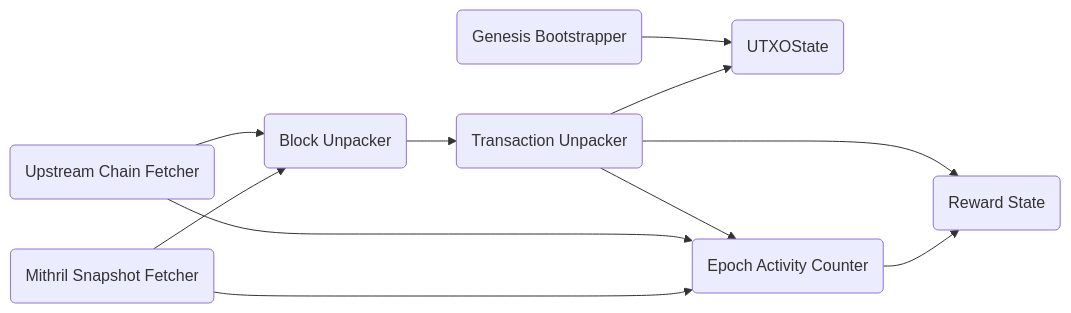
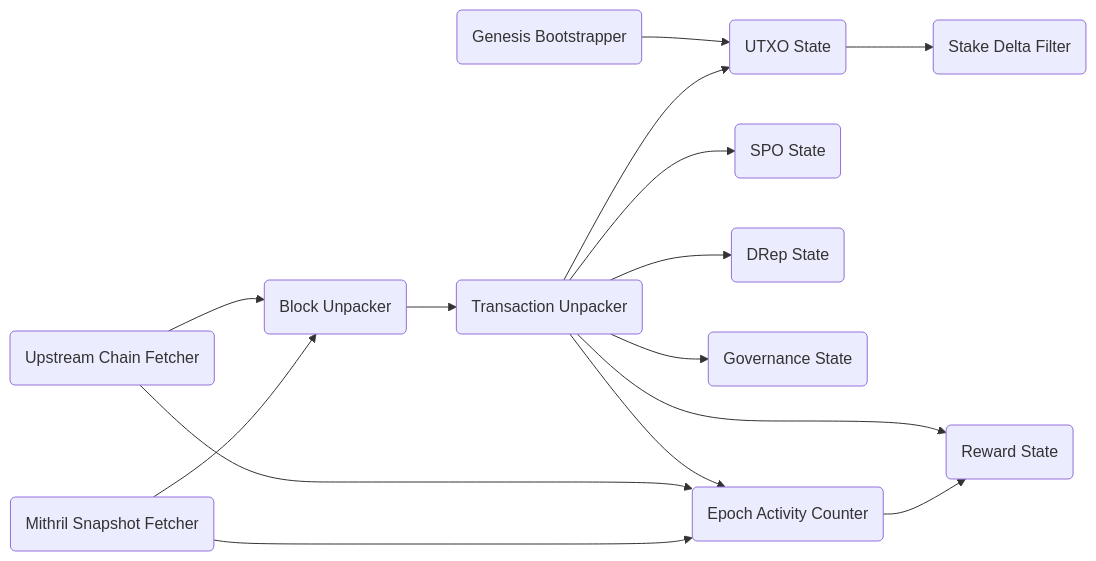
The second of 2 diagrams in README.md (input-output-hk/acropolis), drawn with Mermaid before and after one commit. The commit also changed other lines of this file and 1 other file, not shown here.

Commit message:
Add missing modules to READMEs, Mermaid diagram

````diff
--- a/README.md
+++ b/README.md
@@ -61,23 +64,31 @@
 ```mermaid
 graph LR
 
    UpstreamChainFetcher(Upstream Chain Fetcher)
    GenesisBootstrapper(Genesis Bootstrapper)
    MithrilSnapshotFetcher(Mithril Snapshot Fetcher)
    BlockUnpacker(Block Unpacker)
    TxUnpacker(Transaction Unpacker)
-   UTXOState(UTXOState)
+   UTXOState(UTXO State)
+   SPOState(SPO State)
+   DRepState(DRep State)
+   GovernanceState(Governance State)
+   StakeDeltaFilter(Stake Delta Filter)
    EpochActivityCounter(Epoch Activity Counter)
    RewardState(Reward State)
 
    UpstreamChainFetcher --> BlockUnpacker
    MithrilSnapshotFetcher --> BlockUnpacker
    BlockUnpacker --> TxUnpacker
    GenesisBootstrapper --> UTXOState
    TxUnpacker --> UTXOState
    TxUnpacker --> EpochActivityCounter
    TxUnpacker --> RewardState
+   TxUnpacker --> SPOState
+   TxUnpacker --> DRepState
+   TxUnpacker --> GovernanceState
+   UTXOState --> StakeDeltaFilter
    UpstreamChainFetcher --> EpochActivityCounter
    MithrilSnapshotFetcher --> EpochActivityCounter
    EpochActivityCounter --> RewardState
 ```
````
